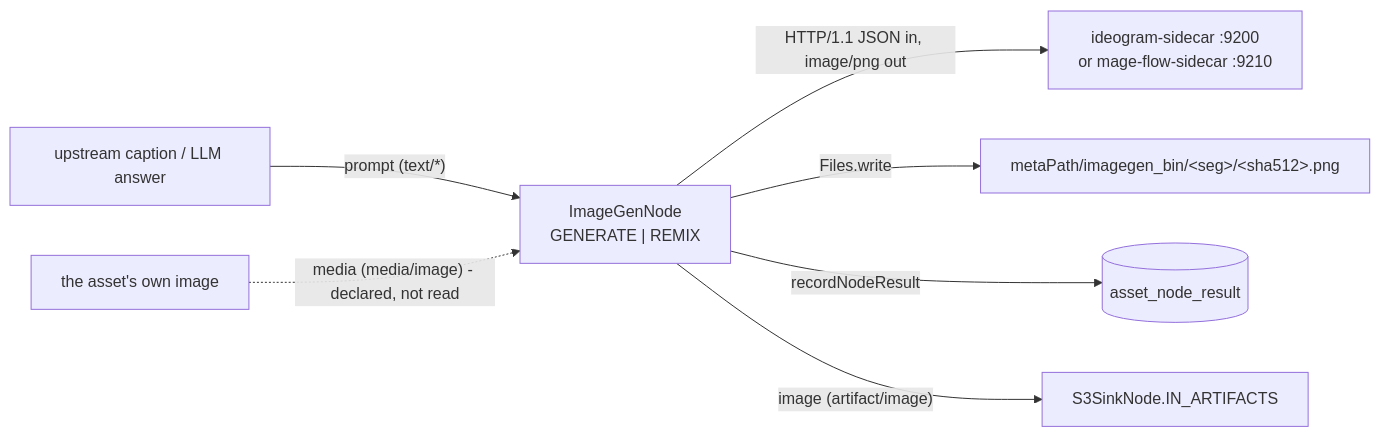
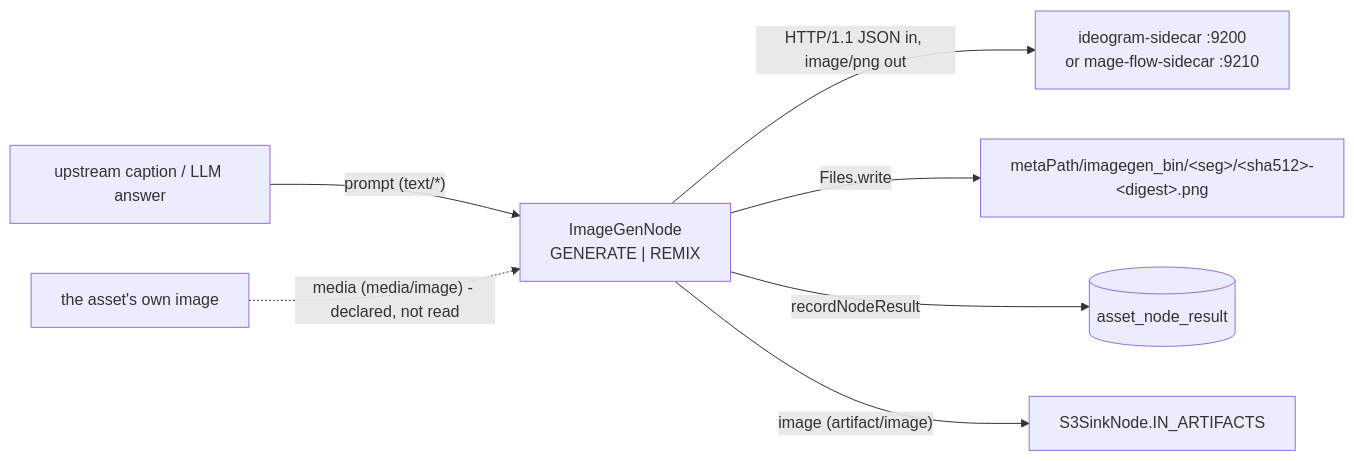
One commit to metaloom/metaloom changed the diagram in spec/features/nodes/image-generation/NODE_IMAGEGEN.md. Above: the diagram before and after it, drawn with Mermaid. The commit also changed other lines of this file and 96 other files, not shown here.

````diff
--- a/spec/features/nodes/image-generation/NODE_IMAGEGEN.md
+++ b/spec/features/nodes/image-generation/NODE_IMAGEGEN.md
@@ -53,9 +53,9 @@
 ```mermaid
 flowchart LR
   U["upstream caption / LLM answer"] -->|"prompt (text/*)"| N
   M["the asset's own image"] -.->|"media (media/image) - declared, not read"| N
   N["ImageGenNode<br/>GENERATE | REMIX"] -->|"HTTP/1.1 JSON in, image/png out"| S["ideogram-sidecar :9200<br/>or mage-flow-sidecar :9210"]
-  N -->|"Files.write"| B["metaPath/imagegen_bin/&lt;seg&gt;/&lt;sha512&gt;.png"]
+  N -->|"Files.write"| B["metaPath/imagegen_bin/&lt;seg&gt;/&lt;sha512&gt;-&lt;digest&gt;.png"]
   N -->|"recordNodeResult"| L[("asset_node_result")]
   N -->|"image (artifact/image)"| K["S3SinkNode.IN_ARTIFACTS"]
 ```
````
